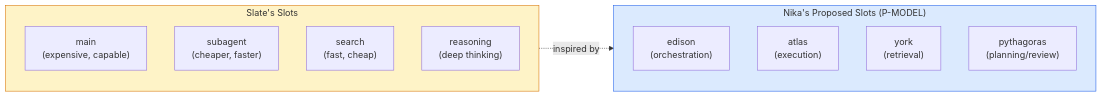
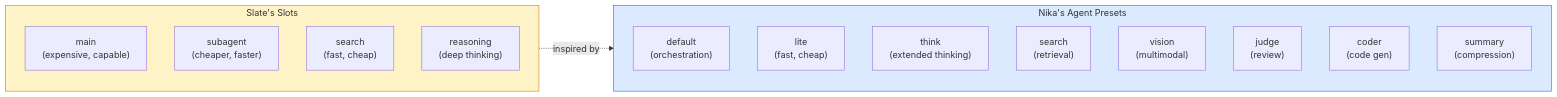
The fourth of 15 diagrams in docs/vision/03-competitive-and-inspiration.md (supernovae-st/nika), drawn with Mermaid before and after one commit. The commit also changed other lines of this file and 5 other files, not shown here.

````diff
--- a/docs/vision/03-competitive-and-inspiration.md
+++ b/docs/vision/03-competitive-and-inspiration.md
@@ -116,21 +122,25 @@
 ```mermaid
 flowchart LR
     subgraph SLATE_SLOTS["Slate's Slots"]
         SM["main\n(expensive, capable)"]
         SS["subagent\n(cheaper, faster)"]
         SSE["search\n(fast, cheap)"]
         SR["reasoning\n(deep thinking)"]
     end
 
-    subgraph NIKA_SLOTS["Nika's Proposed Slots (P-MODEL)"]
-        NM["edison\n(orchestration)"]
-        NT["atlas\n(execution)"]
-        NSE["york\n(retrieval)"]
-        NR["pythagoras\n(planning/review)"]
+    subgraph NIKA_SLOTS["Nika's Agent Presets"]
+        ND["default\n(orchestration)"]
+        NL["lite\n(fast, cheap)"]
+        NT["think\n(extended thinking)"]
+        NS["search\n(retrieval)"]
+        NV["vision\n(multimodal)"]
+        NJ["judge\n(review)"]
+        NC["coder\n(code gen)"]
+        NSM["summary\n(compression)"]
     end
 
     SLATE_SLOTS -.->|"inspired by"| NIKA_SLOTS
 
     style SLATE_SLOTS fill:#fef3c7,stroke:#d97706
     style NIKA_SLOTS fill:#dbeafe,stroke:#2563eb
 ```
````
